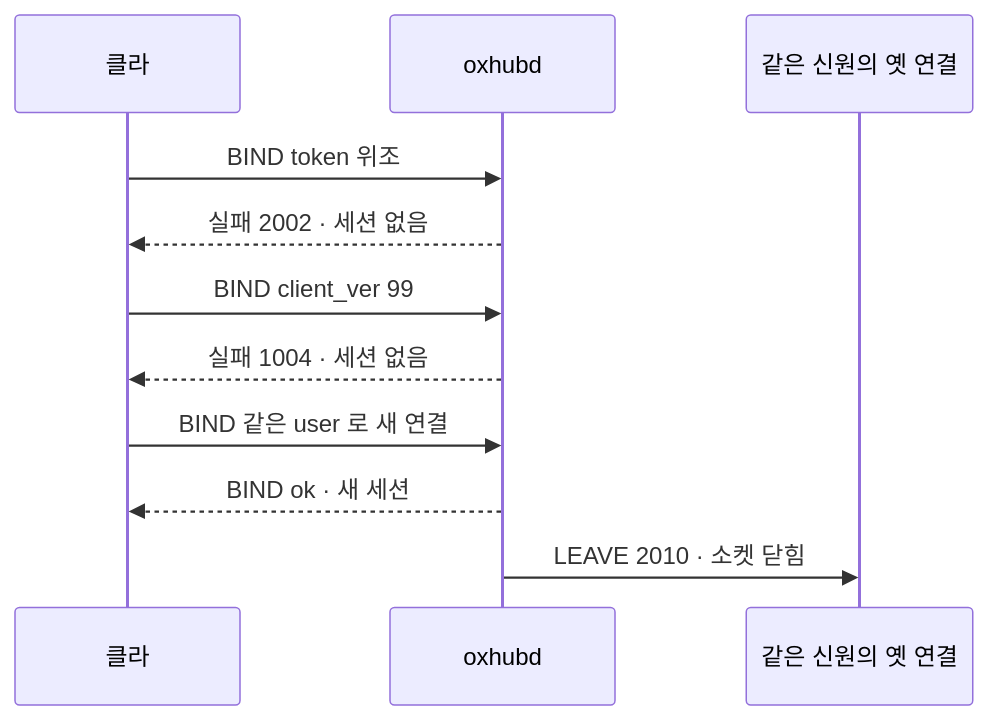
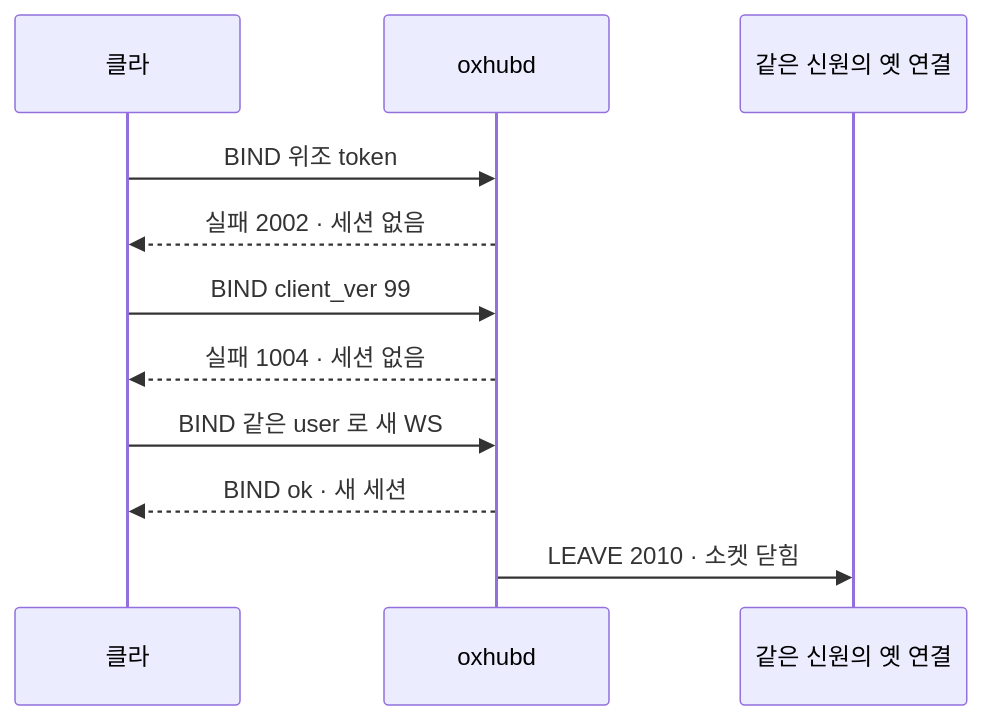
Before and after one commit to kodeholic9/oxlens-sfu: the fourth of 4 diagrams in docs/learn/02_CONNECT_JOIN.md, drawn with Mermaid. The commit also changed other lines of this file and 19 other files, not shown here.

````diff
--- a/docs/learn/02_CONNECT_JOIN.md
+++ b/docs/learn/02_CONNECT_JOIN.md
@@ -220,13 +242,13 @@
 ```mermaid
 sequenceDiagram
   participant C as 클라
   participant H as oxhubd
   participant O as 같은 신원의 옛 연결
-  C->>H: BIND token 위조
+  C->>H: BIND 위조 token
   H-->>C: 실패 2002 · 세션 없음
   C->>H: BIND client_ver 99
   H-->>C: 실패 1004 · 세션 없음
-  C->>H: BIND 같은 user 로 새 연결
+  C->>H: BIND 같은 user 로 새 WS
   H-->>C: BIND ok · 새 세션
   H->>O: LEAVE 2010 · 소켓 닫힘
 ```
````
